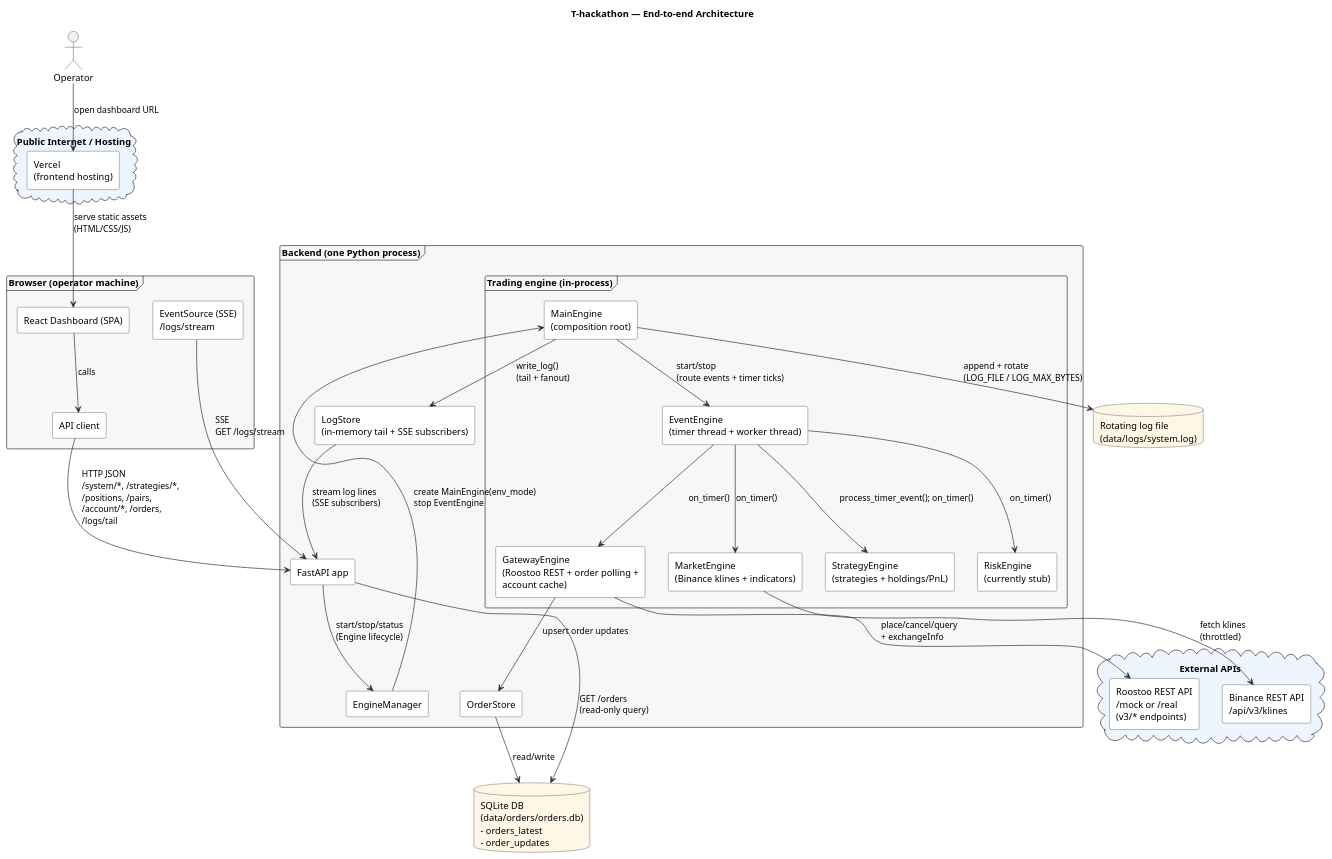
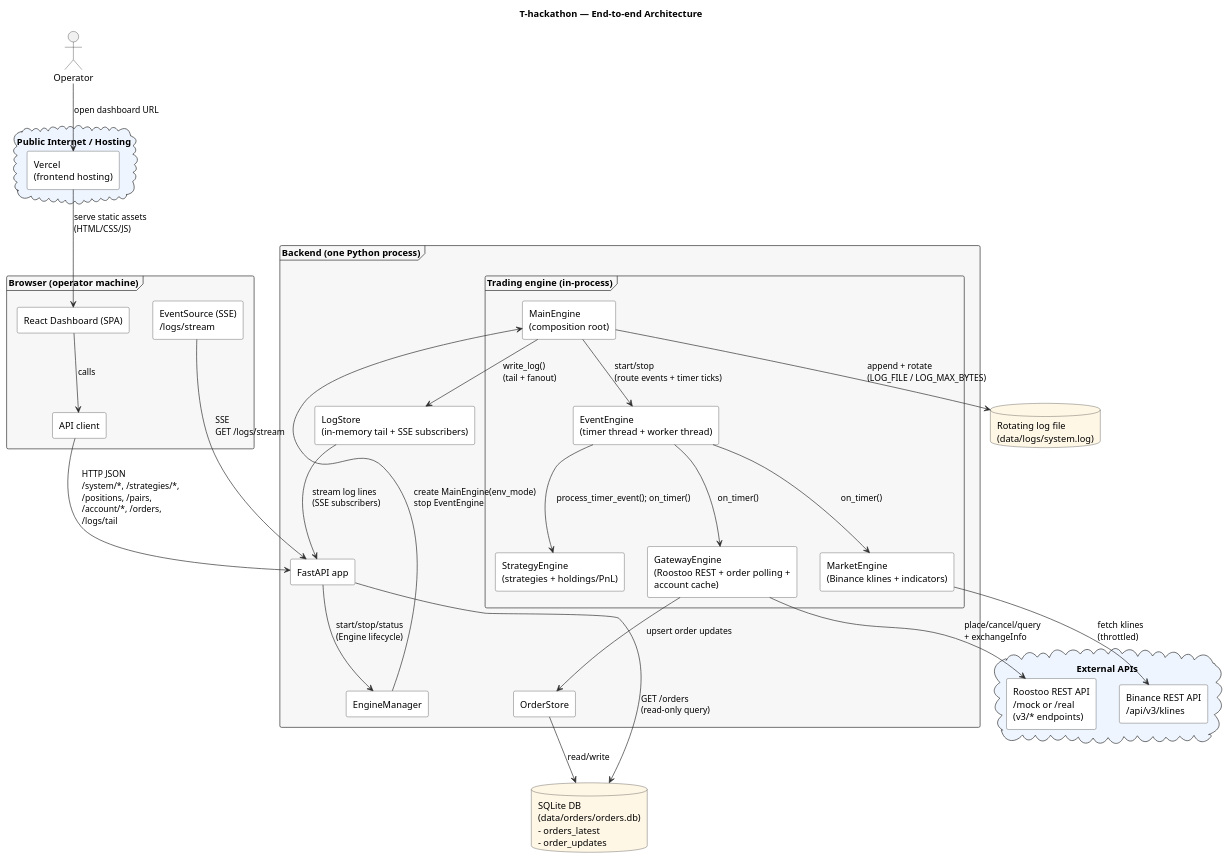
Before and after one commit to DuFanYin/T-hackathon: the diagram in doc/ARCHITECTURE.puml, drawn with PlantUML. The commit also changed 18 other files, not shown here.

Commit message:
remove risk engine and improve health page

```diff
--- a/doc/ARCHITECTURE.puml
+++ b/doc/ARCHITECTURE.puml
@@ -1,100 +1,98 @@
 @startuml
 ' T-hackathon — whole-project architecture (current)
 ' Render with any PlantUML viewer.
 
 skinparam shadowing false
 skinparam componentStyle rectangle
 skinparam defaultTextAlignment left
 skinparam wrapWidth 240
 
 skinparam ArrowColor #2B2B2B
 skinparam ArrowThickness 1
 
 skinparam rectangle {
   BackgroundColor #FFFFFF
   BorderColor #2B2B2B
 }
 
 skinparam database {
   BackgroundColor #FFF7E6
   BorderColor #2B2B2B
 }
 
 skinparam cloud {
   BackgroundColor #EEF5FF
   BorderColor #2B2B2B
 }
 
 skinparam frame {
   BackgroundColor #F7F7F7
   BorderColor #2B2B2B
 }
 
 title T-hackathon — End-to-end Architecture
 
 actor Operator as op
 
 cloud "Public Internet / Hosting" as hosting {
   rectangle "Vercel\n(frontend hosting)" as vercel
 }
 
 frame "Browser (operator machine)" as browser {
   rectangle "React Dashboard (SPA)" as ui
   rectangle "API client" as ui_api
   rectangle "EventSource (SSE)\n/logs/stream" as sse
 }
 
 frame "Backend (one Python process)" as backend {
   rectangle "FastAPI app" as fastapi
   rectangle "EngineManager" as mgr
 
   frame "Trading engine (in-process)" as engine {
     rectangle "MainEngine\n(composition root)" as main
     rectangle "EventEngine\n(timer thread + worker thread)" as event
 
     rectangle "GatewayEngine\n(Roostoo REST + order polling + account cache)" as gateway
     rectangle "MarketEngine\n(Binance klines + indicators)" as market
     rectangle "StrategyEngine\n(strategies + holdings/PnL)" as strat
-    rectangle "RiskEngine\n(currently stub)" as risk
   }
 
   rectangle "OrderStore" as order_store
   rectangle "LogStore\n(in-memory tail + SSE subscribers)" as log_store
 }
 
 database "SQLite DB\n(data/orders/orders.db)\n- orders_latest\n- order_updates" as sqlite
 database "Rotating log file\n(data/logs/system.log)" as log_file
 
 cloud "External APIs" as external {
   rectangle "Roostoo REST API\n/mock or /real\n(v3/* endpoints)" as roostoo
   rectangle "Binance REST API\n/api/v3/klines" as binance
 }
 
 op --> vercel : open dashboard URL
 vercel --> ui : serve static assets\n(HTML/CSS/JS)
 
 ui --> ui_api : calls
 ui_api --> fastapi : HTTP JSON\n/system/*, /strategies/*,\n/positions, /pairs,\n/account/*, /orders,\n/logs/tail
 sse --> fastapi : SSE\nGET /logs/stream
 
 fastapi --> mgr : start/stop/status\n(Engine lifecycle)
 mgr --> main : create MainEngine(env_mode)\nstop EventEngine
 
 main --> event : start/stop\n(route events + timer ticks)
 event --> market : on_timer()
 event --> gateway : on_timer()
 event --> strat : process_timer_event(); on_timer()
-event --> risk : on_timer()
 
 main --> log_store : write_log()\n(tail + fanout)
 log_store --> fastapi : stream log lines\n(SSE subscribers)
 main --> log_file : append + rotate\n(LOG_FILE / LOG_MAX_BYTES)
 
 gateway --> roostoo : place/cancel/query\n+ exchangeInfo
 market --> binance : fetch klines\n(throttled)
 
 gateway --> order_store : upsert order updates
 order_store --> sqlite : read/write
 fastapi --> sqlite : GET /orders\n(read-only query)
 
 @enduml
```
